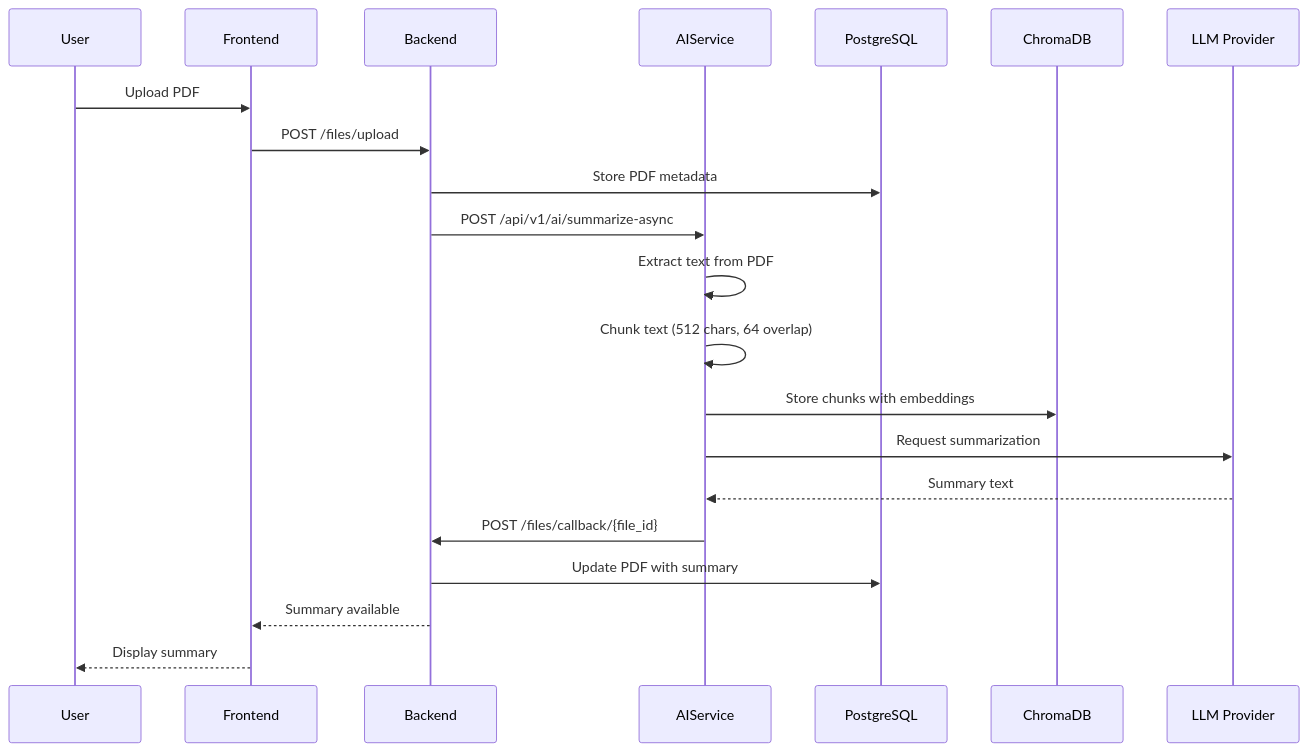
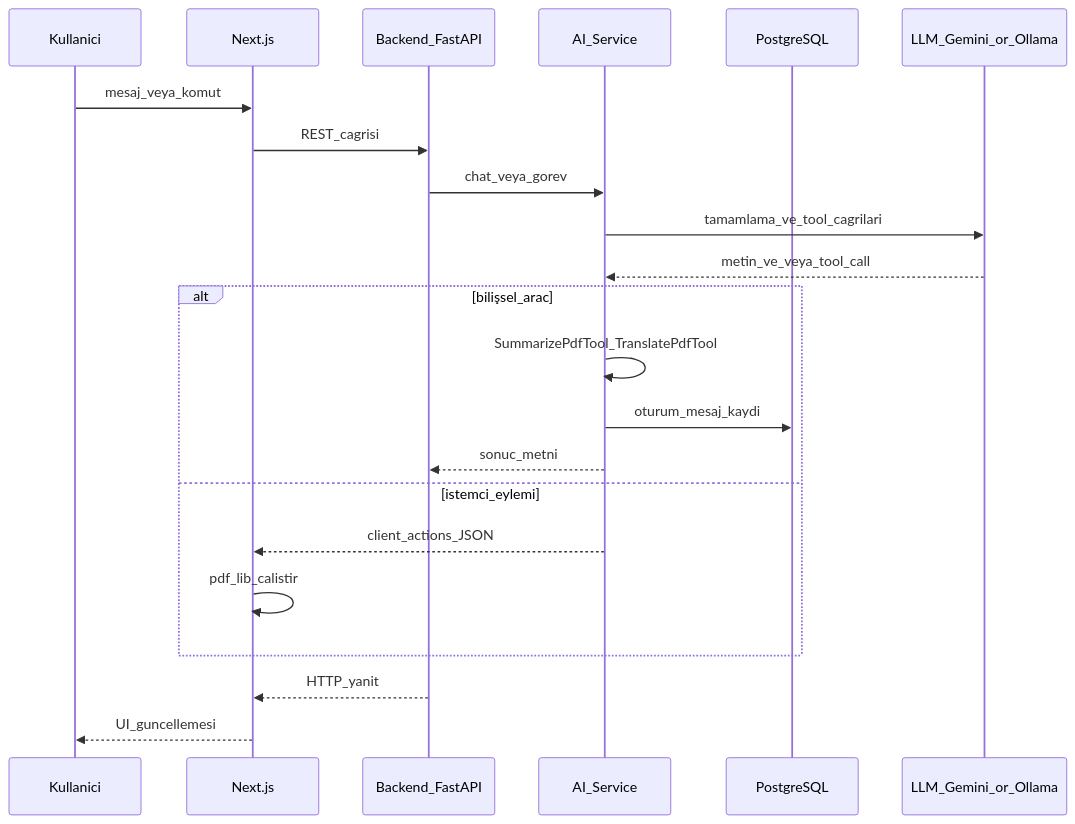
The second of 2 diagrams in docs/architecture/ARCHITECTURE.md (BM-NeuroPDF/NeuroPDF), drawn with Mermaid before and after one commit. The commit also changed other lines of this file and 86 other files, not shown here.

````diff
--- a/docs/architecture/ARCHITECTURE.md
+++ b/docs/architecture/ARCHITECTURE.md
@@ -104,24 +71,27 @@
 ```mermaid
 sequenceDiagram
-    participant User
-    participant Frontend
-    participant Backend
-    participant AIService
-    participant DB as PostgreSQL
-    participant ChromaDB
-    participant LLM as LLM Provider
-    
-    User->>Frontend: Upload PDF
-    Frontend->>Backend: POST /files/upload
-    Backend->>DB: Store PDF metadata
-    Backend->>AIService: POST /api/v1/ai/summarize-async
-    AIService->>AIService: Extract text from PDF
-    AIService->>AIService: Chunk text (512 chars, 64 overlap)
-    AIService->>ChromaDB: Store chunks with embeddings
-    AIService->>LLM: Request summarization
-    LLM-->>AIService: Summary text
-    AIService->>Backend: POST /files/callback/{file_id}
-    Backend->>DB: Update PDF with summary
-    Backend-->>Frontend: Summary available
-    Frontend-->>User: Display summary
+  participant User as Kullanici
+  participant Next as Next.js
+  participant API as Backend_FastAPI
+  participant AI as AI_Service
+  participant DB as PostgreSQL
+  participant LLM as LLM_Gemini_or_Ollama
+
+  User->>Next: mesaj_veya_komut
+  Next->>API: REST_cagrisi
+  API->>AI: chat_veya_gorev
+  AI->>LLM: tamamlama_ve_tool_cagrilari
+  LLM-->>AI: metin_ve_veya_tool_call
+
+  alt bilişsel_arac
+    AI->>AI: SummarizePdfTool_TranslatePdfTool
+    AI->>DB: oturum_mesaj_kaydi
+    AI-->>API: sonuc_metni
+  else istemci_eylemi
+    AI-->>Next: client_actions_JSON
+    Next->>Next: pdf_lib_calistir
+  end
+
+  API-->>Next: HTTP_yanit
+  Next-->>User: UI_guncellemesi
 ```
````
